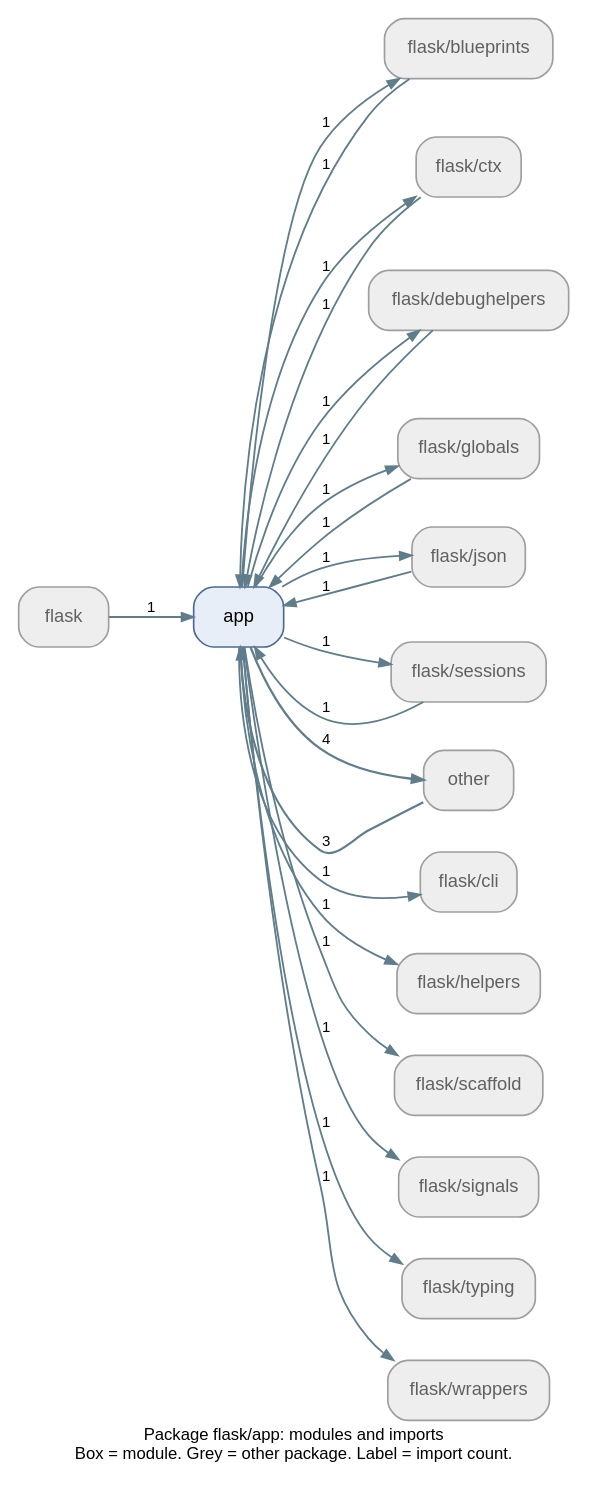
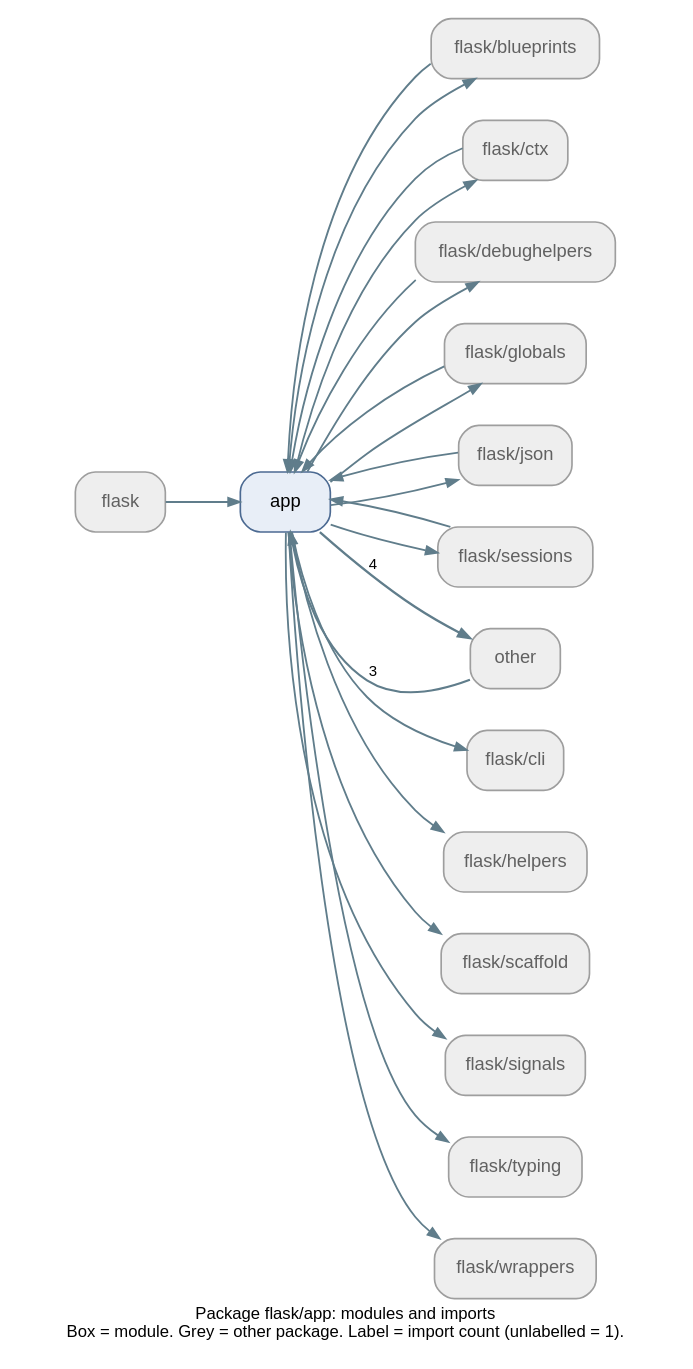
Before and after one commit to Icoder05/buglens: the diagram in onboarding/pallets__flask/diagrams/packages/flask_app.dot, drawn with Graphviz. The commit also changed 70 other files, not shown here.

```diff
--- a/onboarding/pallets__flask/diagrams/packages/flask_app.dot
+++ b/onboarding/pallets__flask/diagrams/packages/flask_app.dot
@@ -1,42 +1,42 @@
 digraph package {
 	fontname=Helvetica fontsize=10 label="Package flask/app: modules and imports
-Box = module. Grey = other package. Label = import count." labelloc=b nodesep=0.35 rankdir=LR ranksep=0.6
+Box = module. Grey = other package. Label = import count (unlabelled = 1)." labelloc=b nodesep=0.35 rankdir=LR ranksep=0.6
 	node [color="#4c6a92" fillcolor="#e8eef7" fontname=Helvetica fontsize=11 shape=box style="rounded,filled"]
 	edge [arrowsize=0.7 color="#607d8b" fontname=Helvetica fontsize=9]
 	n0 [label=flask color="#9e9e9e" fillcolor="#eeeeee" fontcolor="#616161" tooltip="ext::flask"]
 	n1 [label="flask/blueprints" color="#9e9e9e" fillcolor="#eeeeee" fontcolor="#616161" tooltip="ext::flask/blueprints"]
 	n2 [label="flask/cli" color="#9e9e9e" fillcolor="#eeeeee" fontcolor="#616161" tooltip="ext::flask/cli"]
 	n3 [label="flask/ctx" color="#9e9e9e" fillcolor="#eeeeee" fontcolor="#616161" tooltip="ext::flask/ctx"]
 	n4 [label="flask/debughelpers" color="#9e9e9e" fillcolor="#eeeeee" fontcolor="#616161" tooltip="ext::flask/debughelpers"]
 	n5 [label="flask/globals" color="#9e9e9e" fillcolor="#eeeeee" fontcolor="#616161" tooltip="ext::flask/globals"]
 	n6 [label="flask/helpers" color="#9e9e9e" fillcolor="#eeeeee" fontcolor="#616161" tooltip="ext::flask/helpers"]
 	n7 [label="flask/json" color="#9e9e9e" fillcolor="#eeeeee" fontcolor="#616161" tooltip="ext::flask/json"]
 	n8 [label="flask/scaffold" color="#9e9e9e" fillcolor="#eeeeee" fontcolor="#616161" tooltip="ext::flask/scaffold"]
 	n9 [label="flask/sessions" color="#9e9e9e" fillcolor="#eeeeee" fontcolor="#616161" tooltip="ext::flask/sessions"]
 	n10 [label="flask/signals" color="#9e9e9e" fillcolor="#eeeeee" fontcolor="#616161" tooltip="ext::flask/signals"]
 	n11 [label="flask/typing" color="#9e9e9e" fillcolor="#eeeeee" fontcolor="#616161" tooltip="ext::flask/typing"]
 	n12 [label="flask/wrappers" color="#9e9e9e" fillcolor="#eeeeee" fontcolor="#616161" tooltip="ext::flask/wrappers"]
 	n13 [label=other color="#9e9e9e" fillcolor="#eeeeee" fontcolor="#616161" tooltip="ext::other"]
 	n14 [label=app tooltip="flask.app"]
-	n0 -> n14 [label=1 penwidth=1.1]
-	n1 -> n14 [label=1 penwidth=1.1]
-	n3 -> n14 [label=1 penwidth=1.1]
-	n4 -> n14 [label=1 penwidth=1.1]
-	n5 -> n14 [label=1 penwidth=1.1]
-	n7 -> n14 [label=1 penwidth=1.1]
-	n9 -> n14 [label=1 penwidth=1.1]
+	n0 -> n14 [penwidth=1.1]
+	n1 -> n14 [penwidth=1.1]
+	n3 -> n14 [penwidth=1.1]
+	n4 -> n14 [penwidth=1.1]
+	n5 -> n14 [penwidth=1.1]
+	n7 -> n14 [penwidth=1.1]
+	n9 -> n14 [penwidth=1.1]
 	n13 -> n14 [label=3 penwidth=1.3]
-	n14 -> n1 [label=1 penwidth=1.1]
-	n14 -> n2 [label=1 penwidth=1.1]
-	n14 -> n3 [label=1 penwidth=1.1]
-	n14 -> n4 [label=1 penwidth=1.1]
-	n14 -> n5 [label=1 penwidth=1.1]
-	n14 -> n6 [label=1 penwidth=1.1]
-	n14 -> n7 [label=1 penwidth=1.1]
-	n14 -> n8 [label=1 penwidth=1.1]
-	n14 -> n9 [label=1 penwidth=1.1]
-	n14 -> n10 [label=1 penwidth=1.1]
-	n14 -> n11 [label=1 penwidth=1.1]
-	n14 -> n12 [label=1 penwidth=1.1]
+	n14 -> n1 [penwidth=1.1]
+	n14 -> n2 [penwidth=1.1]
+	n14 -> n3 [penwidth=1.1]
+	n14 -> n4 [penwidth=1.1]
+	n14 -> n5 [penwidth=1.1]
+	n14 -> n6 [penwidth=1.1]
+	n14 -> n7 [penwidth=1.1]
+	n14 -> n8 [penwidth=1.1]
+	n14 -> n9 [penwidth=1.1]
+	n14 -> n10 [penwidth=1.1]
+	n14 -> n11 [penwidth=1.1]
+	n14 -> n12 [penwidth=1.1]
 	n14 -> n13 [label=4 penwidth=1.4]
 }
```
